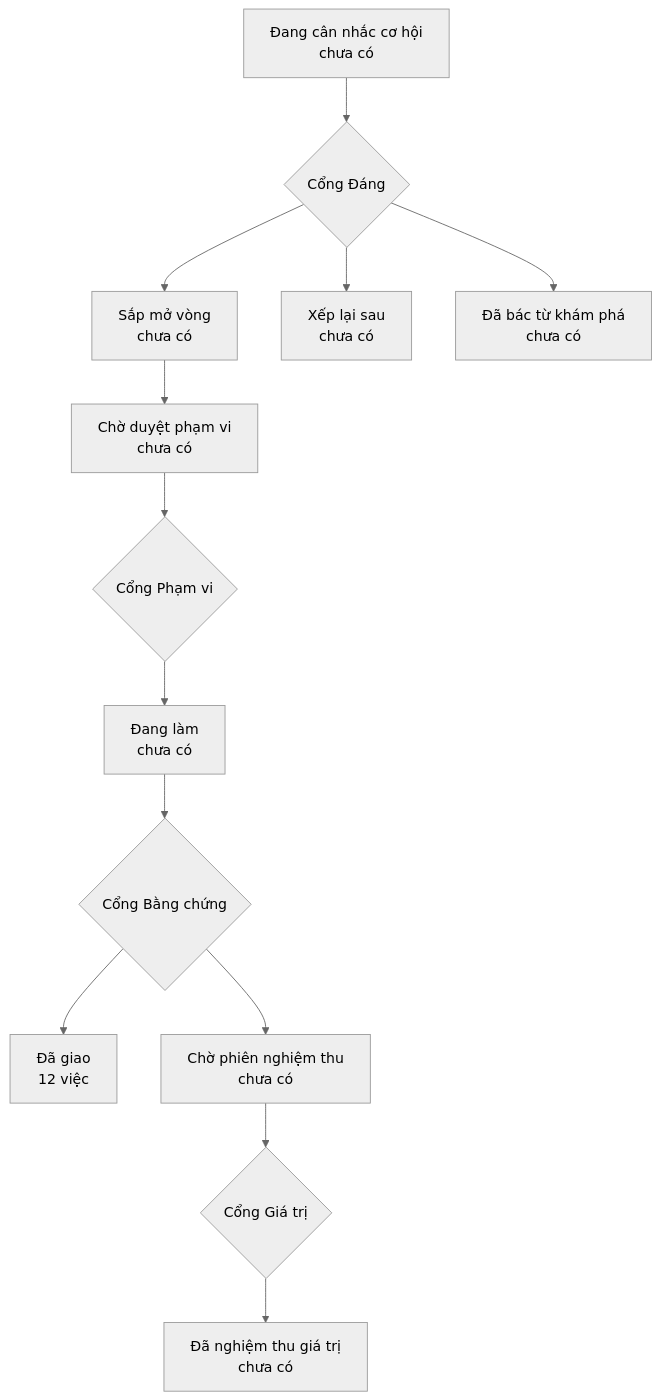
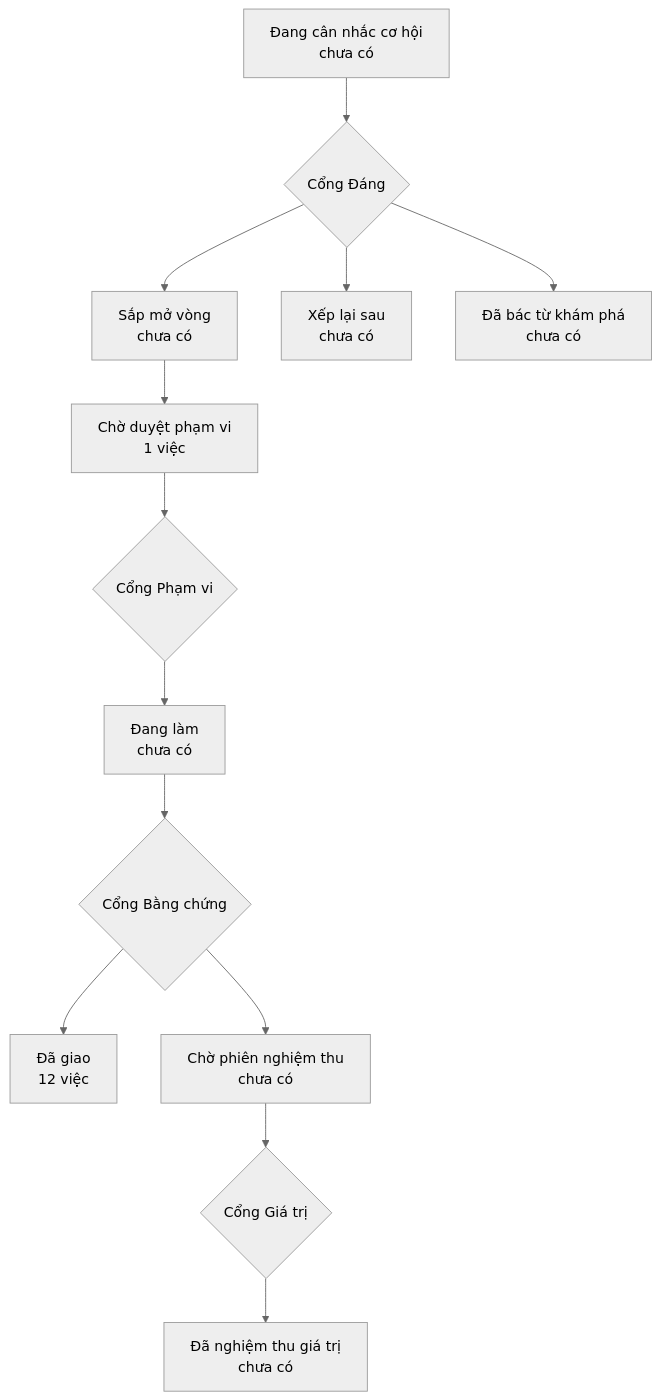
One commit to phanlemanh/onehub-invest changed the diagram in PRODUCT-MAP.md. Above: the diagram before and after it, drawn with Mermaid (neutral theme). The commit also changed other lines of this file, not shown here.

````diff
--- a/PRODUCT-MAP.md
+++ b/PRODUCT-MAP.md
@@ -6,12 +6,12 @@
 ```mermaid
 flowchart TD
   A["Đang cân nhắc cơ hội<br/>chưa có"] --> GD{"Cổng Đáng"}
   GD --> B["Sắp mở vòng<br/>chưa có"]
   GD --> XL["Xếp lại sau<br/>chưa có"]
   GD --> DB["Đã bác từ khám phá<br/>chưa có"]
-  B --> CD["Chờ duyệt phạm vi<br/>chưa có"] --> GP{"Cổng Phạm vi"}
+  B --> CD["Chờ duyệt phạm vi<br/>1 việc"] --> GP{"Cổng Phạm vi"}
   GP --> DL["Đang làm<br/>chưa có"] --> GB{"Cổng Bằng chứng"}
   GB --> DG["Đã giao<br/>12 việc"]
   GB --> CN["Chờ phiên nghiệm thu<br/>chưa có"] --> GG{"Cổng Giá trị"}
   GG --> NT["Đã nghiệm thu giá trị<br/>chưa có"]
 ```
````
